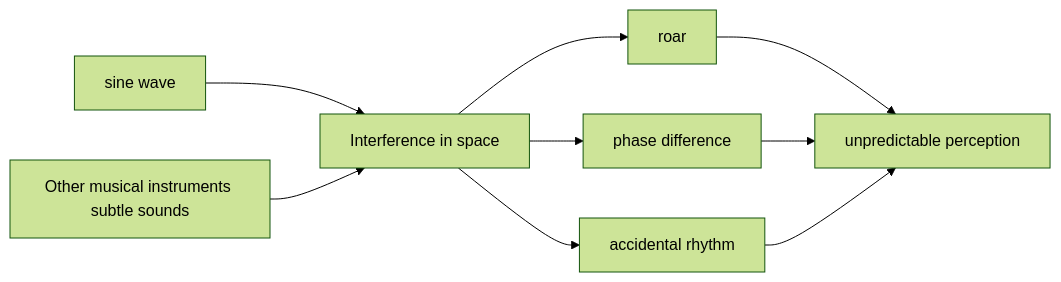
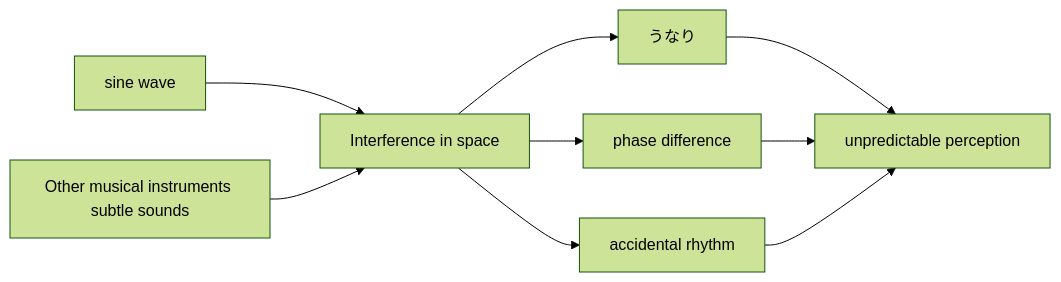
Before and after one commit to monumental-movement/monumental-movement.github.io: the third of 11 diagrams in en/_posts/2026-04-18-column-sachiko-m.md, drawn with Mermaid (forest theme). The commit also changed other lines of this file and 445 other files, not shown here.

```diff
--- a/en/_posts/2026-04-18-column-sachiko-m.md
+++ b/en/_posts/2026-04-18-column-sachiko-m.md
@@ -256,11 +256,11 @@
 <div class="mermaid">
 flowchart LR
     A[sine wave] --> D[Interference in space]
     B[Other musical instruments subtle sounds] --> D
-    D --> E[roar]
+    D --> E[うなり]
     D --> F[phase difference]
     D --> G[accidental rhythm]
     E --> H[unpredictable perception]
     F --> H
     G --> H
 </div>
```
